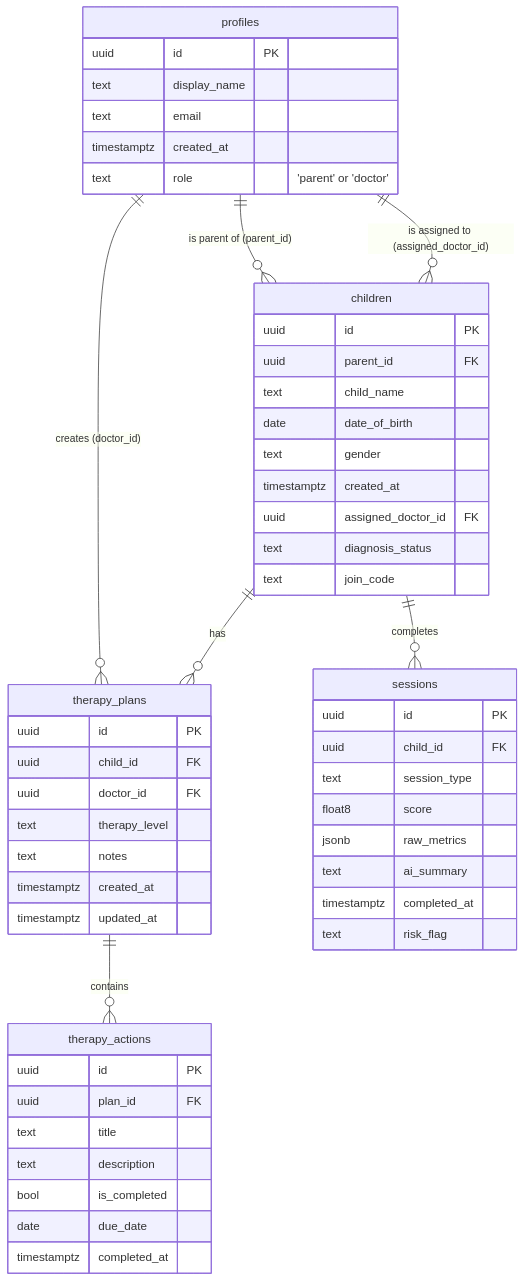
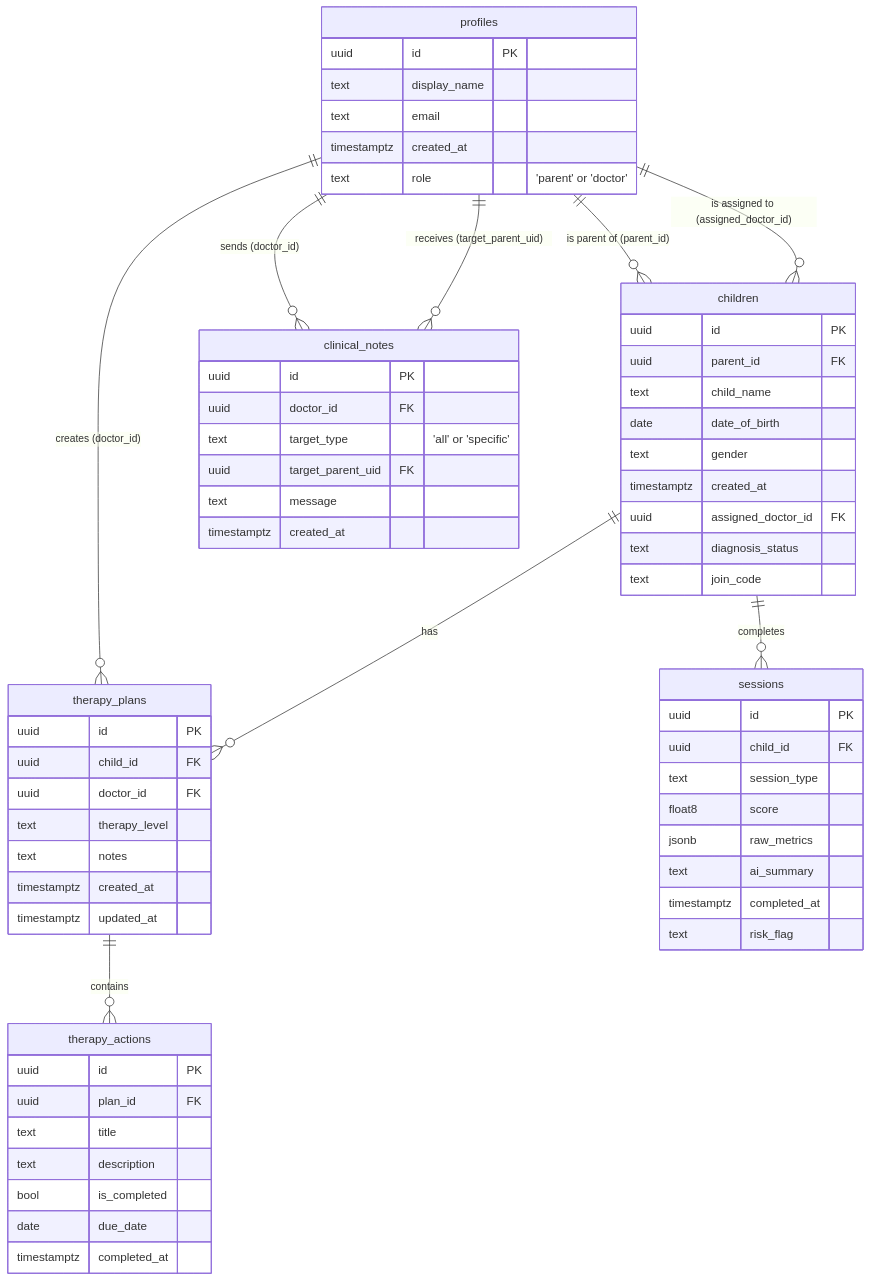
The diagram in docs/DATABASE_SCHEMA.md (mro-nerd/SolveIt), drawn with Mermaid before and after one commit. The commit also changed other lines of this file and 9 other files, not shown here.

First line of the commit message:
feat: dynamic home screen, clinical notes, and dashboard redesign

````diff
--- a/docs/DATABASE_SCHEMA.md
+++ b/docs/DATABASE_SCHEMA.md
@@ -7,62 +7,74 @@
 ```mermaid
 erDiagram
     profiles ||--o{ children : "is parent of (parent_id)"
     profiles ||--o{ children : "is assigned to (assigned_doctor_id)"
     profiles ||--o{ therapy_plans : "creates (doctor_id)"
     
     children ||--o{ sessions : "completes"
     children ||--o{ therapy_plans : "has"
     
     therapy_plans ||--o{ therapy_actions : "contains"
+
+    profiles ||--o{ clinical_notes : "sends (doctor_id)"
+    profiles ||--o{ clinical_notes : "receives (target_parent_uid)"
 
     profiles {
         uuid id PK
         text display_name
         text email
         timestamptz created_at
         text role " 'parent' or 'doctor' "
     }
 
     children {
         uuid id PK
         uuid parent_id FK
         text child_name
         date date_of_birth
         text gender
         timestamptz created_at
         uuid assigned_doctor_id FK
         text diagnosis_status
         text join_code
     }
 
     sessions {
         uuid id PK
         uuid child_id FK
         text session_type
         float8 score
         jsonb raw_metrics
         text ai_summary
         timestamptz completed_at
         text risk_flag
     }
 
     therapy_plans {
         uuid id PK
         uuid child_id FK
         uuid doctor_id FK
         text therapy_level
         text notes
         timestamptz created_at
         timestamptz updated_at
     }
 
     therapy_actions {
         uuid id PK
         uuid plan_id FK
         text title
         text description
         bool is_completed
         date due_date
         timestamptz completed_at
     }
+
+    clinical_notes {
+        uuid id PK
+        uuid doctor_id FK
+        text target_type " 'all' or 'specific' "
+        uuid target_parent_uid FK
+        text message
+        timestamptz created_at
+    }
 ```
````
